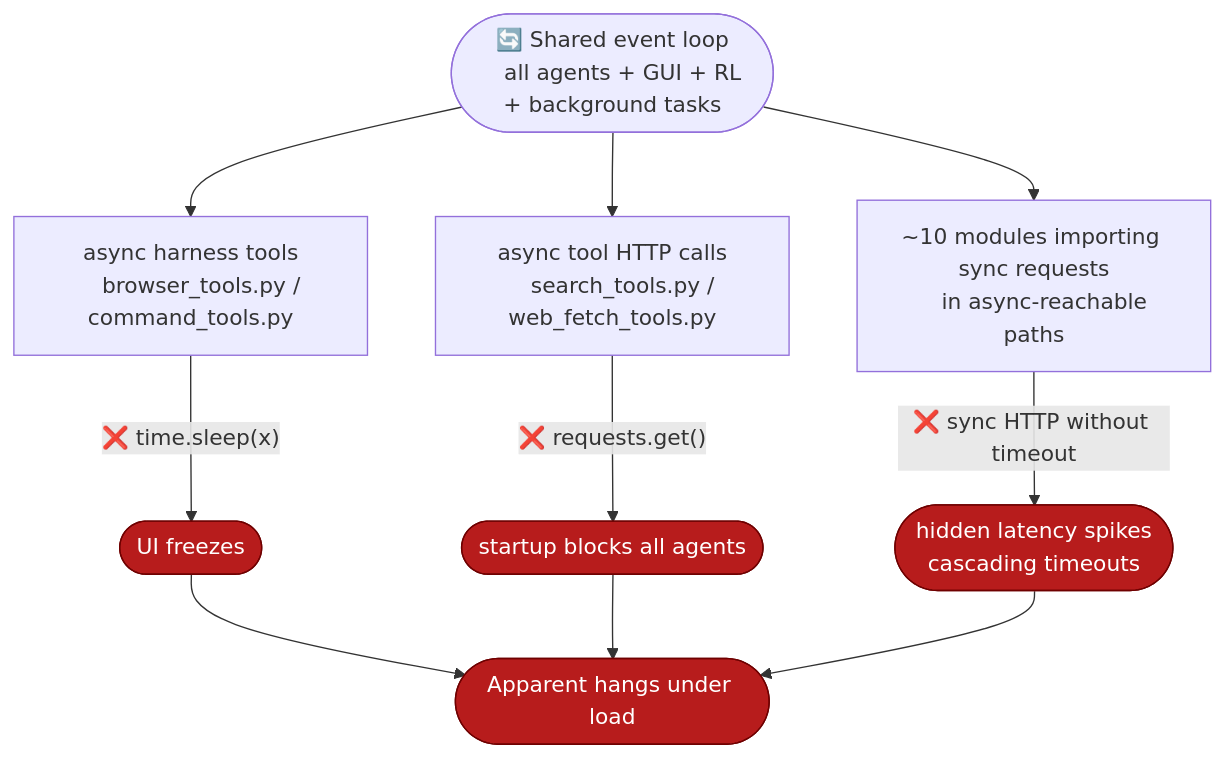
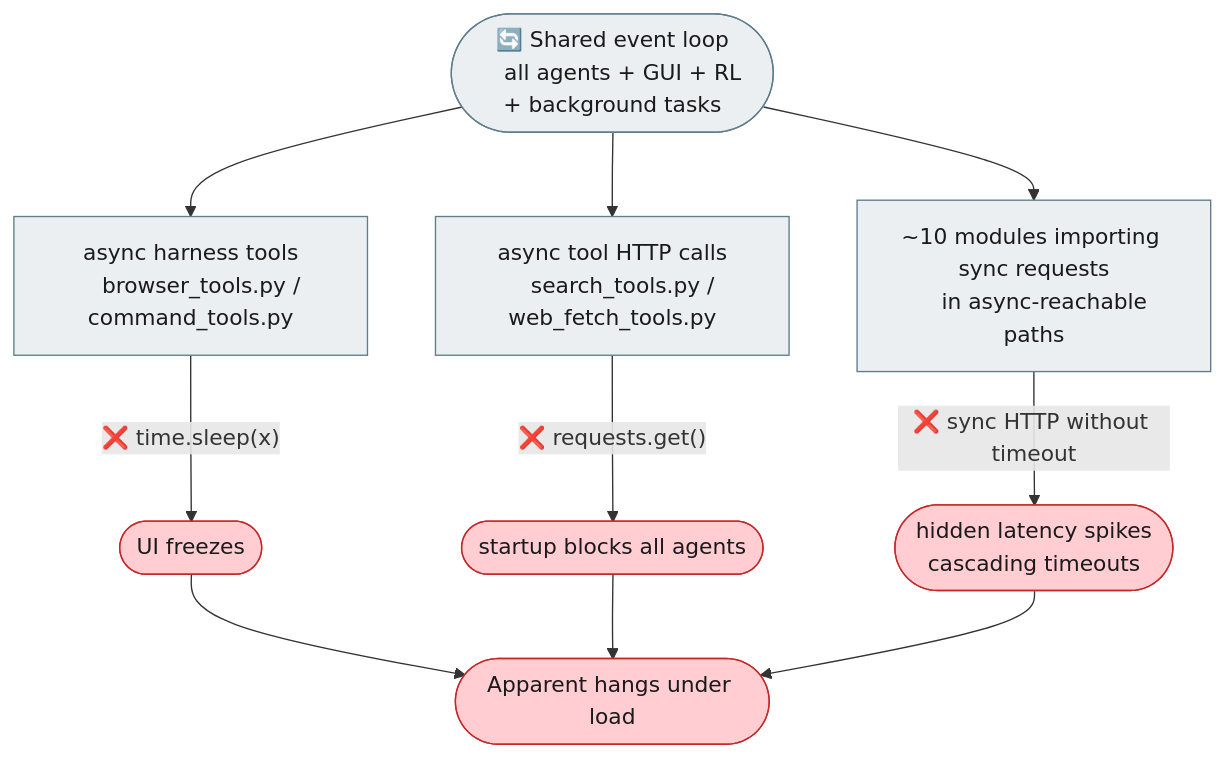
Before and after one commit to michaelatamuk/agentic-desk: the first of 2 diagrams in docs-michael/issues/01-bug-event-loop-blocking-jiuwenswarm.md, drawn with Mermaid. The commit also changed other lines of this file and 6 other files, not shown here.

````diff
--- a/docs-michael/issues/01-bug-event-loop-blocking-jiuwenswarm.md
+++ b/docs-michael/issues/01-bug-event-loop-blocking-jiuwenswarm.md
@@ -33,21 +33,22 @@
 ```mermaid
 flowchart TD
-    classDef fail fill:#B71C1C,color:#fff,stroke:#6f0000
+    classDef fail  fill:#FFCDD2,color:#1a1a1a,stroke:#C62828
+    classDef plain fill:#ECEFF1,color:#1a1a1a,stroke:#607D8B
 
     LOOP(["🔄 Shared event loop
-    all agents + GUI + RL + background tasks"])
+    all agents + GUI + RL + background tasks"]):::plain
 
     LOOP --> A["async harness tools
-    browser_tools.py / command_tools.py"]
+    browser_tools.py / command_tools.py"]:::plain
     LOOP --> B["async tool HTTP calls
-    search_tools.py / web_fetch_tools.py"]
+    search_tools.py / web_fetch_tools.py"]:::plain
     LOOP --> C["~10 modules importing sync requests
-    in async-reachable paths"]
+    in async-reachable paths"]:::plain
 
     A -->|"❌ time.sleep(x)"| H1(["UI freezes"]):::fail
     B -->|"❌ requests.get()"| H2(["startup blocks all agents"]):::fail
     C -->|"❌ sync HTTP without timeout"| H3(["hidden latency spikes
     cascading timeouts"]):::fail
 
     H1 & H2 & H3 --> STALL(["Apparent hangs under load"]):::fail
 ```
````
